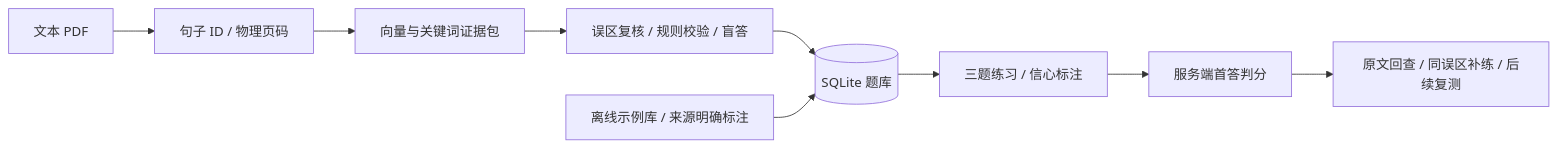
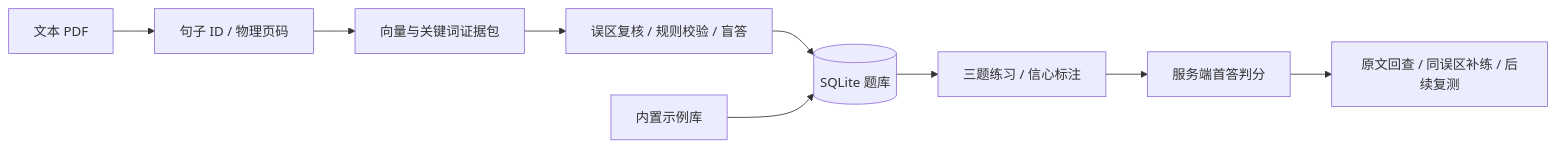
Before and after one commit to rbtrenbingtan/AI-WEB: the diagram in README.md, drawn with Mermaid. The commit also changed other lines of this file and 1 other file, not shown here.

````diff
--- a/README.md
+++ b/README.md
@@ -37,11 +33,11 @@
 ```mermaid
 flowchart LR
   PDF[文本 PDF] --> SENT[句子 ID / 物理页码]
   SENT --> EVIDENCE[向量与关键词证据包]
   EVIDENCE --> QUALITY[误区复核 / 规则校验 / 盲答]
   QUALITY --> DB[(SQLite 题库)]
-  SEED[离线示例库 / 来源明确标注] --> DB
+  SEED[内置示例库] --> DB
   DB --> QUIZ[三题练习 / 信心标注]
   QUIZ --> GRADE[服务端首答判分]
   GRADE --> LOOP[原文回查 / 同误区补练 / 后续复测]
 ```
````
